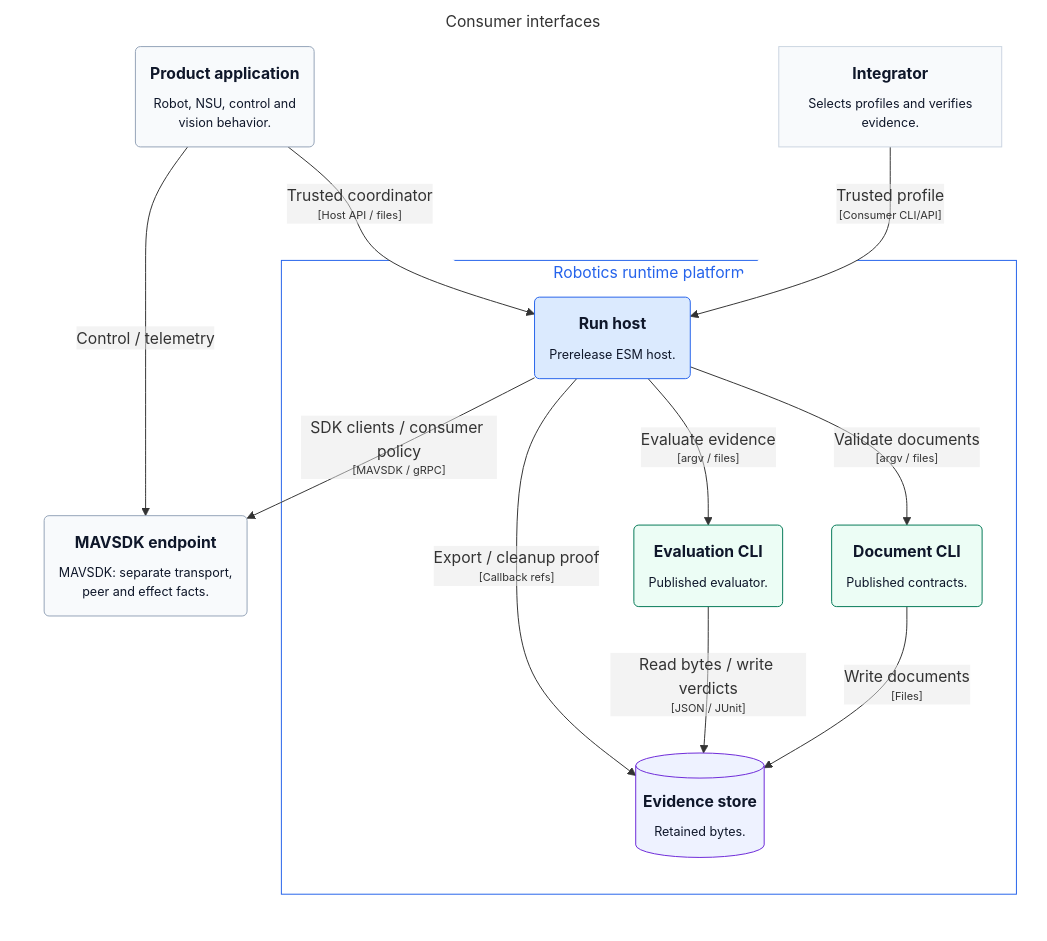
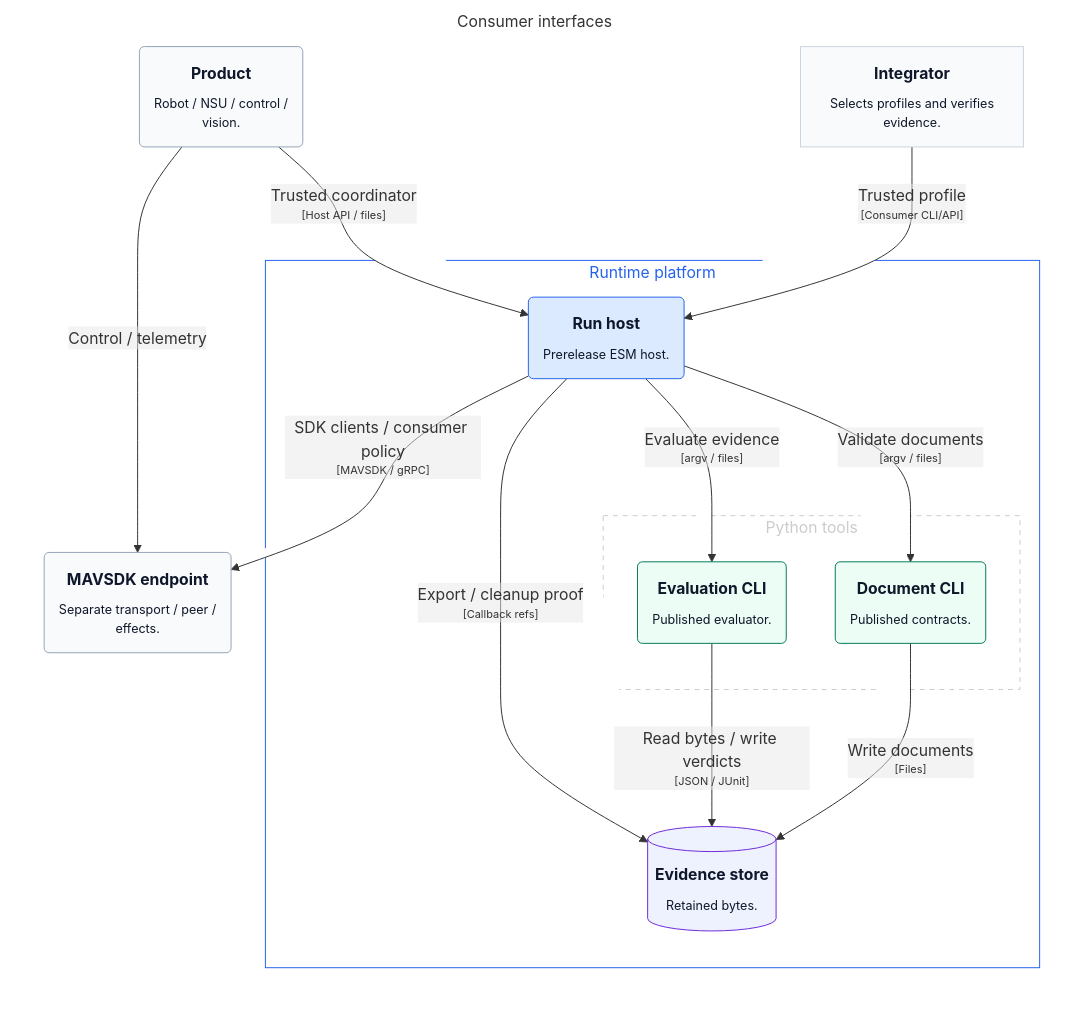
The diagram in docs/architecture/generated/structurizr-ConsumerInterfaces.mmd (mmkolpakov/robotics-runtime), drawn with Mermaid before and after one commit. The commit also changed 18 other files, not shown here.

```diff
--- a/docs/architecture/generated/structurizr-ConsumerInterfaces.mmd
+++ b/docs/architecture/generated/structurizr-ConsumerInterfaces.mmd
@@ -1,37 +1,42 @@
 graph LR
   linkStyle default fill:#ffffff
 
   subgraph diagram ["Consumer interfaces"]
     style diagram fill:#ffffff,stroke:#ffffff
 
     1["<div style='font-weight: bold'>Integrator</div><div style='font-size: 80%; margin-top:10px'>Selects profiles and verifies<br />evidence.</div>"]
     style 1 fill:#f8fafc,stroke:#cbd5e1,color:#0f172a
-    2("<div style='font-weight: bold'>Product application</div><div style='font-size: 80%; margin-top:10px'>Robot, NSU, control and<br />vision behavior.</div>")
+    2("<div style='font-weight: bold'>Product</div><div style='font-size: 80%; margin-top:10px'>Robot / NSU / control /<br />vision.</div>")
     style 2 fill:#f8fafc,stroke:#94a3b8,color:#0f172a
-    4("<div style='font-weight: bold'>MAVSDK endpoint</div><div style='font-size: 80%; margin-top:10px'>MAVSDK: separate transport,<br />peer and effect facts.</div>")
+    4("<div style='font-weight: bold'>MAVSDK endpoint</div><div style='font-size: 80%; margin-top:10px'>Separate transport / peer /<br />effects.</div>")
     style 4 fill:#f8fafc,stroke:#94a3b8,color:#0f172a
 
-    subgraph 7 ["Robotics runtime platform"]
+    subgraph 7 ["Runtime platform"]
       style 7 fill:#ffffff,stroke:#2563eb,color:#2563eb
 
-      10("<div style='font-weight: bold'>Evaluation CLI</div><div style='font-size: 80%; margin-top:10px'>Published evaluator.</div>")
-      style 10 fill:#ecfdf5,stroke:#047857,color:#0f172a
+      subgraph group1 ["Python tools"]
+        style group1 fill:#ffffff,stroke:#cccccc,color:#cccccc,stroke-dasharray:5
+
+        10("<div style='font-weight: bold'>Evaluation CLI</div><div style='font-size: 80%; margin-top:10px'>Published evaluator.</div>")
+        style 10 fill:#ecfdf5,stroke:#047857,color:#0f172a
+        9("<div style='font-weight: bold'>Document CLI</div><div style='font-size: 80%; margin-top:10px'>Published contracts.</div>")
+        style 9 fill:#ecfdf5,stroke:#047857,color:#0f172a
+      end
+
       13[("<div style='font-weight: bold'>Evidence store</div><div style='font-size: 80%; margin-top:10px'>Retained bytes.</div>")]
       style 13 fill:#eef2ff,stroke:#6d28d9,color:#0f172a
       8("<div style='font-weight: bold'>Run host</div><div style='font-size: 80%; margin-top:10px'>Prerelease ESM host.</div>")
       style 8 fill:#dbeafe,stroke:#2563eb,color:#0f172a
-      9("<div style='font-weight: bold'>Document CLI</div><div style='font-size: 80%; margin-top:10px'>Published contracts.</div>")
-      style 9 fill:#ecfdf5,stroke:#047857,color:#0f172a
     end
 
     2-- "<div>Control / telemetry</div><div style='font-size: 70%'></div>" -->4
     1-- "<div>Trusted profile</div><div style='font-size: 70%'>[Consumer CLI/API]</div>" -->8
     2-- "<div>Trusted coordinator</div><div style='font-size: 70%'>[Host API / files]</div>" -->8
     8-- "<div>Validate documents</div><div style='font-size: 70%'>[argv / files]</div>" -->9
     8-- "<div>Evaluate evidence</div><div style='font-size: 70%'>[argv / files]</div>" -->10
     8-- "<div>SDK clients / consumer policy</div><div style='font-size: 70%'>[MAVSDK / gRPC]</div>" -->4
     9-- "<div>Write documents</div><div style='font-size: 70%'>[Files]</div>" -->13
     10-- "<div>Read bytes / write verdicts</div><div style='font-size: 70%'>[JSON / JUnit]</div>" -->13
     8-- "<div>Export / cleanup proof</div><div style='font-size: 70%'>[Callback refs]</div>" -->13
 
   end
```
